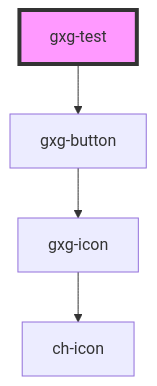
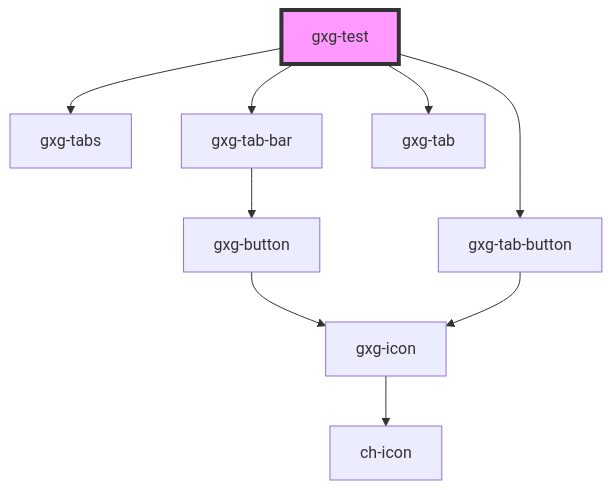
One commit to genexuslabs/gemini changed the diagram in src/components/test/readme.md. Above: the diagram before and after it, drawn with Mermaid. The commit also changed other lines of this file and 111 other files, not shown here.

````diff
--- a/src/components/test/readme.md
+++ b/src/components/test/readme.md
@@ -19,7 +29,12 @@
 ```mermaid
 graph TD;
-  gxg-test --> gxg-button
+  gxg-test --> gxg-tabs
+  gxg-test --> gxg-tab-bar
+  gxg-test --> gxg-tab-button
+  gxg-test --> gxg-tab
+  gxg-tab-bar --> gxg-button
   gxg-button --> gxg-icon
   gxg-icon --> ch-icon
+  gxg-tab-button --> gxg-icon
   style gxg-test fill:#f9f,stroke:#333,stroke-width:4px
 ```
````
